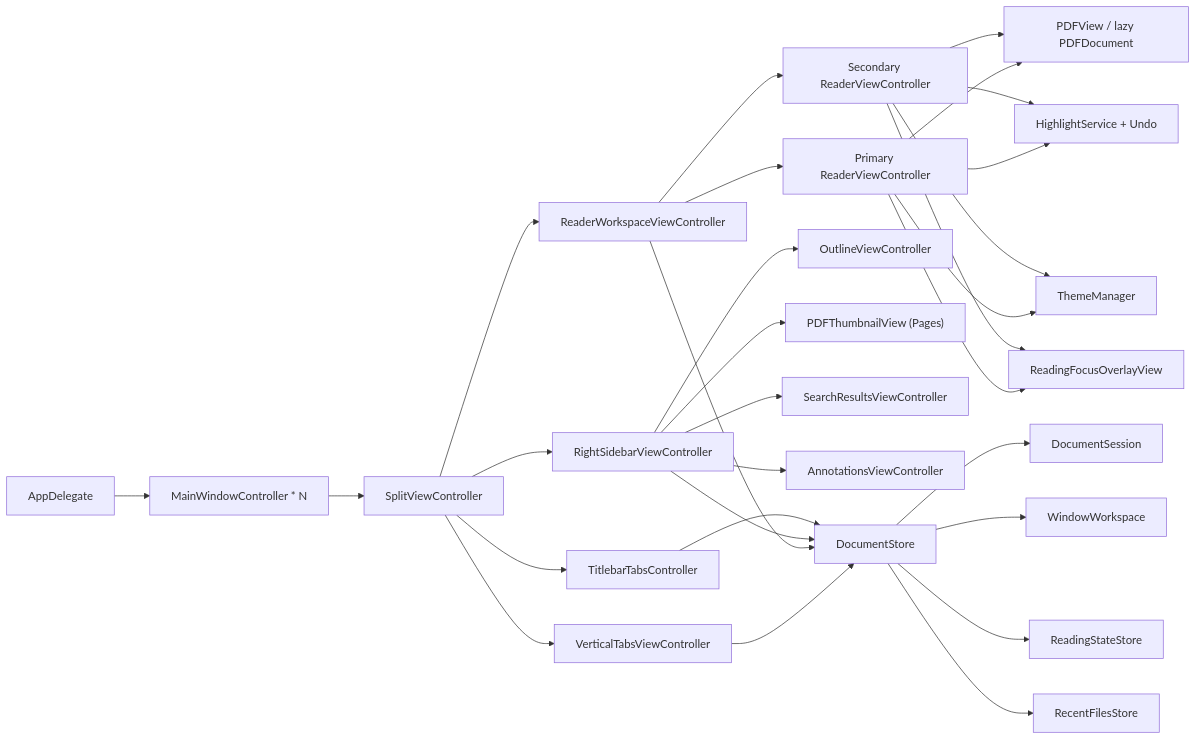
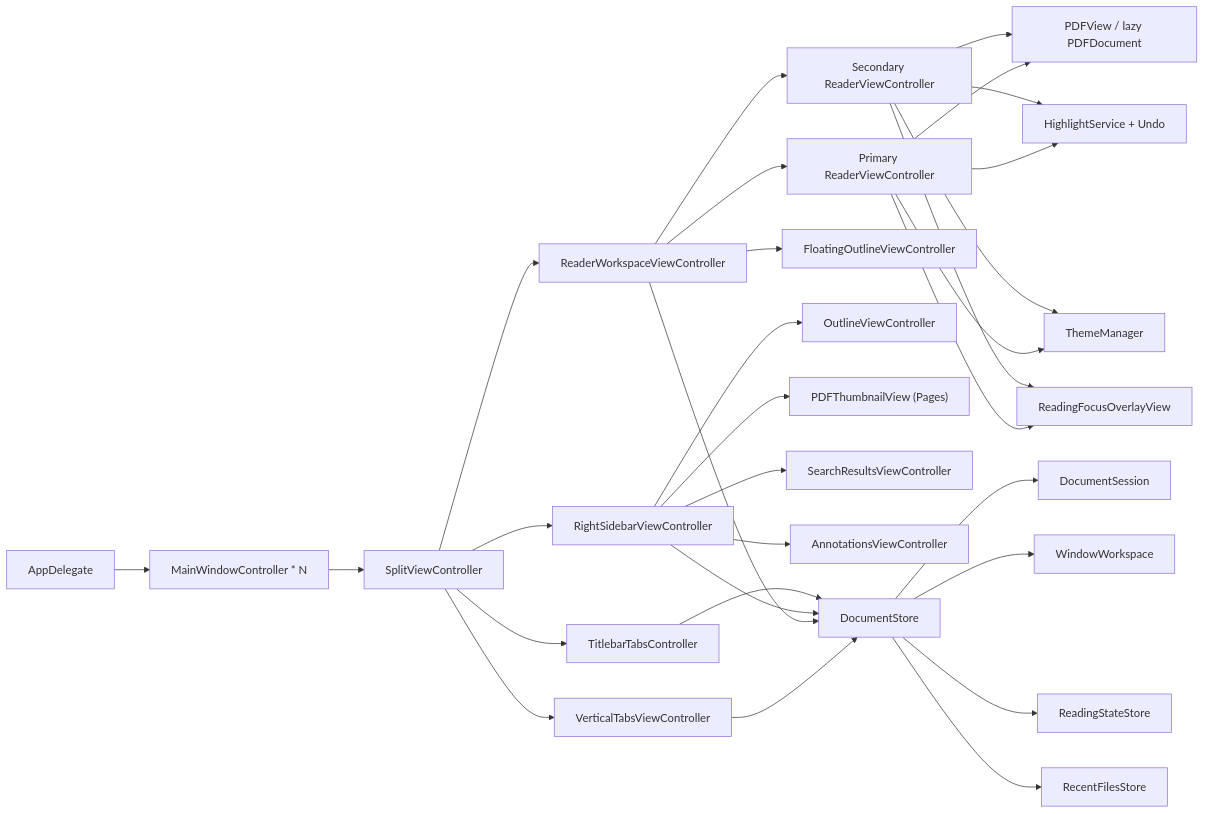
One commit to Yalyenea/serein-pdf changed the diagram in PROJECT.md. Above: the diagram before and after it, drawn with Mermaid. The commit also changed other lines of this file and 13 other files, not shown here.

Commit message:
feat: add resizable floating outline

````diff
--- a/PROJECT.md
+++ b/PROJECT.md
@@ -42,31 +42,32 @@
 ```mermaid
 flowchart LR
     A["AppDelegate"] --> B["MainWindowController * N"]
     B --> C["SplitViewController"]
     C --> D["VerticalTabsViewController"]
     C --> E["ReaderWorkspaceViewController"]
     C --> F["RightSidebarViewController"]
     C --> G["TitlebarTabsController"]
     E --> E1["Primary ReaderViewController"]
     E --> E2["Secondary ReaderViewController"]
+    E --> E3["FloatingOutlineViewController"]
     F --> F1["OutlineViewController"]
     F --> F2["PDFThumbnailView (Pages)"]
     F --> F3["SearchResultsViewController"]
     F --> F4["AnnotationsViewController"]
     D --> H["DocumentStore"]
     E --> H
     F --> H
     G --> H
     H --> I["DocumentSession"]
     H --> J["WindowWorkspace"]
     E1 --> K["PDFView / lazy PDFDocument"]
     E2 --> K
     E1 --> L["HighlightService + Undo"]
     E2 --> L
     E1 --> M["ThemeManager"]
     E2 --> M
     E1 --> P["ReadingFocusOverlayView"]
     E2 --> P
     H --> N["ReadingStateStore"]
     H --> O["RecentFilesStore"]
 ```
````
